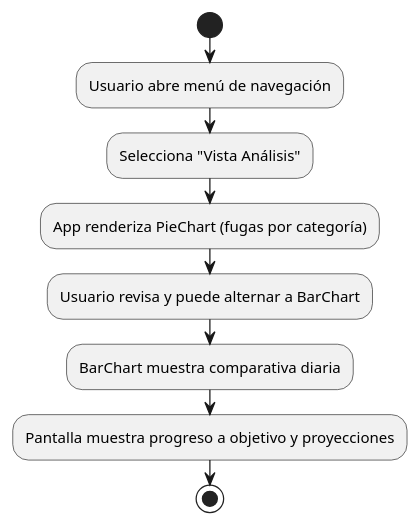
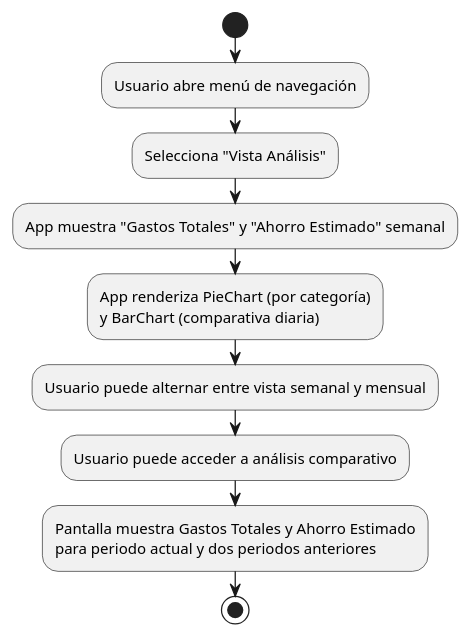
The second of 2 diagrams in plantUML/ConsultaEstadisticas.puml (AsunFdez/AppEquilibra), drawn with PlantUML before and after one commit. The commit also changed other lines of this file and 59 other files, not shown here.

Commit message:
Intervenciones al crear gastos, vista de historial

```diff
--- a/plantUML/ConsultaEstadisticas.puml
+++ b/plantUML/ConsultaEstadisticas.puml
@@ -33,11 +33,14 @@
 @startuml
 ' Diagrama de Actividad - Consulta de Estadísticas (flujo)
 start
 :Usuario abre menú de navegación;
 :Selecciona "Vista Análisis";
-:App renderiza PieChart (fugas por categoría);
-:Usuario revisa y puede alternar a BarChart;
-:BarChart muestra comparativa diaria;
-:Pantalla muestra progreso a objetivo y proyecciones;
+:App muestra "Gastos Totales" y "Ahorro Estimado" semanal;
+:App renderiza PieChart (por categoría) 
+y BarChart (comparativa diaria);
+:Usuario puede alternar entre vista semanal y mensual;
+:Usuario puede acceder a análisis comparativo;
+:Pantalla muestra Gastos Totales y Ahorro Estimado 
+para periodo actual y dos periodos anteriores;
 stop
 @enduml
```
